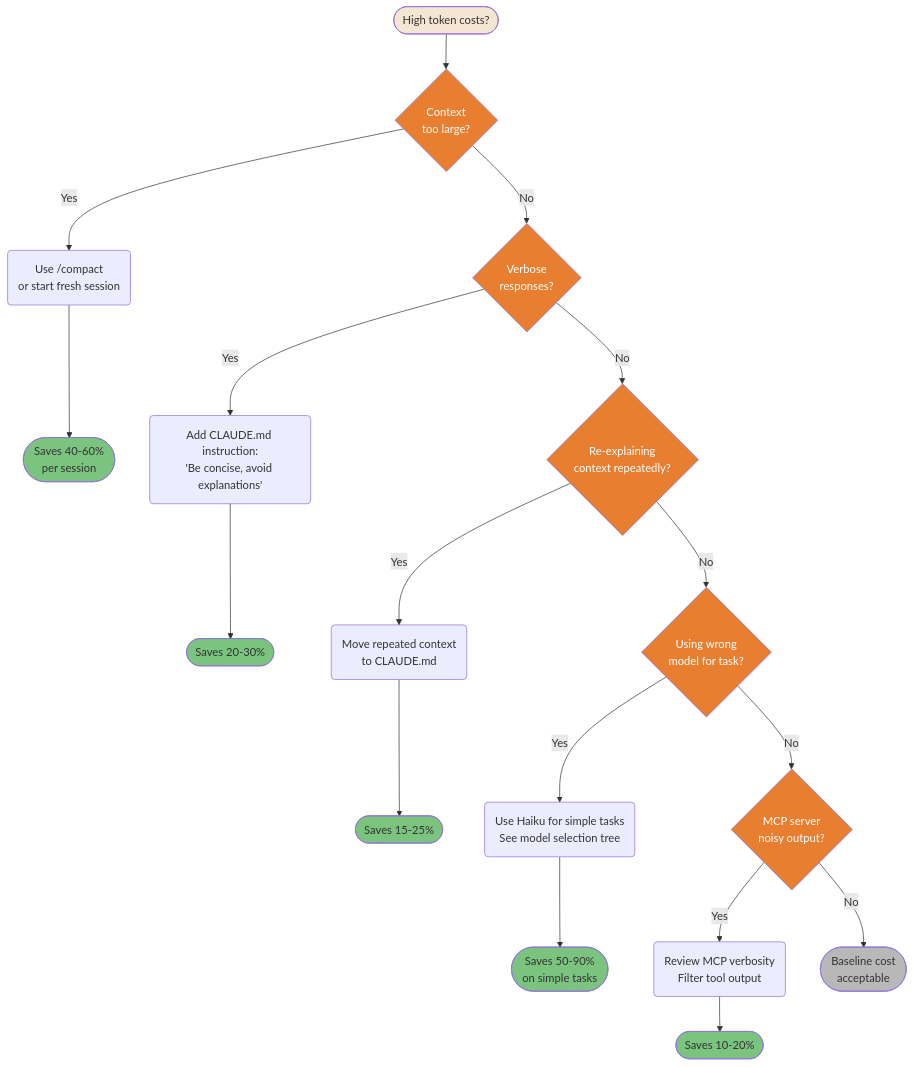
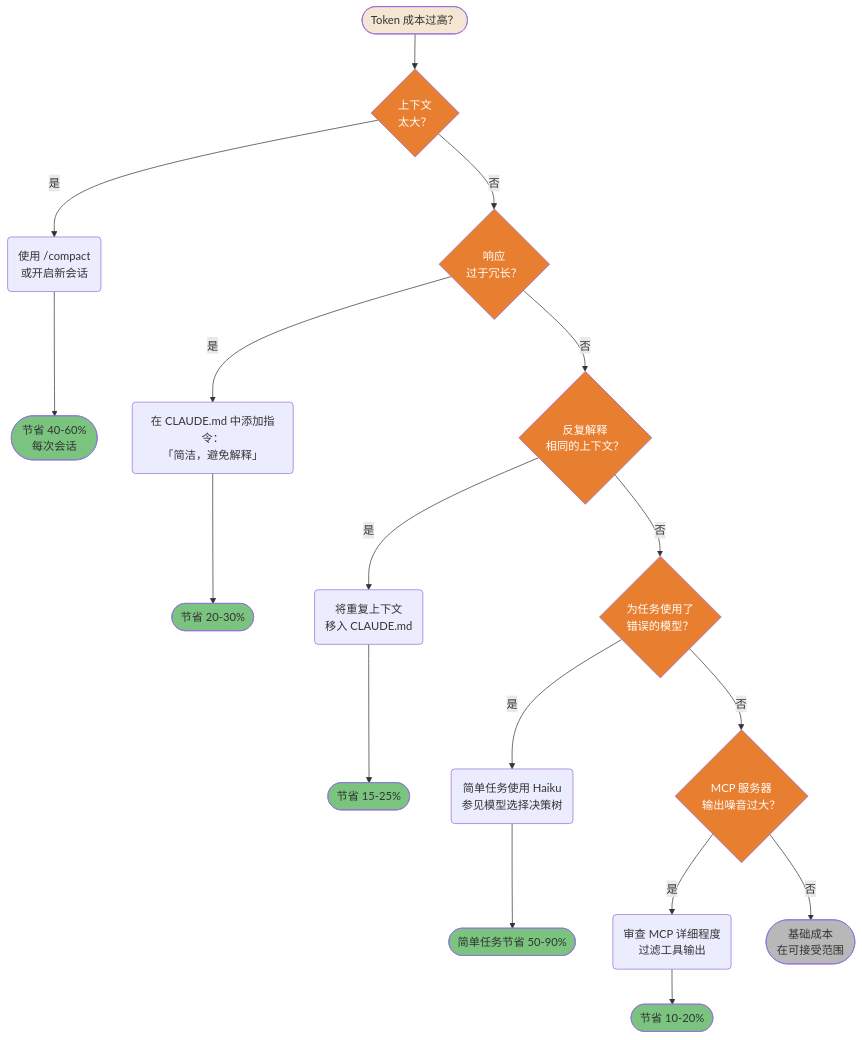
The second of 4 diagrams in claude-code/diagrams/09-cost-and-optimization.md (lawrencewzen/aispark-wiki), drawn with Mermaid before and after one commit. The commit also changed other lines of this file and 82 other files, not shown here.

First line of the commit message:
feat: 完成 claude-code/ 目录全量中文翻译

````diff
--- a/claude-code/diagrams/09-cost-and-optimization.md
+++ b/claude-code/diagrams/09-cost-and-optimization.md
@@ -101,55 +101,55 @@
 ```mermaid
 flowchart TD
-    A([High token costs?]) --> B{Context<br/>too large?}
-    B -->|Yes| C(Use /compact<br/>or start fresh session)
-    C --> Z([Saves 40-60%<br/>per session])
+    A([Token 成本过高？]) --> B{上下文<br/>太大？}
+    B -->|是| C(使用 /compact<br/>或开启新会话)
+    C --> Z([节省 40-60%<br/>每次会话])
 
-    B -->|No| D{Verbose<br/>responses?}
-    D -->|Yes| E(Add CLAUDE.md instruction:<br/>'Be concise, avoid explanations')
-    E --> Z2([Saves 20-30%])
+    B -->|否| D{响应<br/>过于冗长？}
+    D -->|是| E(在 CLAUDE.md 中添加指令：<br/>「简洁，避免解释」)
+    E --> Z2([节省 20-30%])
 
-    D -->|No| F{Re-explaining<br/>context repeatedly?}
-    F -->|Yes| G(Move repeated context<br/>to CLAUDE.md)
-    G --> Z3([Saves 15-25%])
+    D -->|否| F{反复解释<br/>相同的上下文？}
+    F -->|是| G(将重复上下文<br/>移入 CLAUDE.md)
+    G --> Z3([节省 15-25%])
 
-    F -->|No| H{Using wrong<br/>model for task?}
-    H -->|Yes| I(Use Haiku for simple tasks<br/>See model selection tree)
-    I --> Z4([Saves 50-90%<br/>on simple tasks])
+    F -->|否| H{为任务使用了<br/>错误的模型？}
+    H -->|是| I(简单任务使用 Haiku<br/>参见模型选择决策树)
+    I --> Z4([简单任务节省 50-90%])
 
-    H -->|No| J{MCP server<br/>noisy output?}
-    J -->|Yes| K(Review MCP verbosity<br/>Filter tool output)
-    K --> Z5([Saves 10-20%])
+    H -->|否| J{MCP 服务器<br/>输出噪音过大？}
+    J -->|是| K(审查 MCP 详细程度<br/>过滤工具输出)
+    K --> Z5([节省 10-20%])
 
-    J -->|No| L([Baseline cost<br/>acceptable])
+    J -->|否| L([基础成本<br/>在可接受范围])
 
     style A fill:#F5E6D3,color:#333
     style B fill:#E87E2F,color:#fff
     style D fill:#E87E2F,color:#fff
     style F fill:#E87E2F,color:#fff
     style H fill:#E87E2F,color:#fff
     style J fill:#E87E2F,color:#fff
     style Z fill:#7BC47F,color:#333
     style Z2 fill:#7BC47F,color:#333
     style Z3 fill:#7BC47F,color:#333
     style Z4 fill:#7BC47F,color:#333
     style Z5 fill:#7BC47F,color:#333
     style L fill:#B8B8B8,color:#333
 
-    click A href "https://github.com/claude-code-ultimate-guide/claude-code-ultimate-guide/blob/main/guide/ultimate-guide.md#913-cost-optimization-strategies" "High token costs?"
-    click B href "https://github.com/claude-code-ultimate-guide/claude-code-ultimate-guide/blob/main/guide/ultimate-guide.md#913-cost-optimization-strategies" "Context too large?"
-    click C href "https://github.com/claude-code-ultimate-guide/claude-code-ultimate-guide/blob/main/guide/ultimate-guide.md#913-cost-optimization-strategies" "Use /compact or start fresh"
-    click D href "https://github.com/claude-code-ultimate-guide/claude-code-ultimate-guide/blob/main/guide/ultimate-guide.md#913-cost-optimization-strategies" "Verbose responses?"
-    click E href "https://github.com/claude-code-ultimate-guide/claude-code-ultimate-guide/blob/main/guide/ultimate-guide.md#913-cost-optimization-strategies" "Add CLAUDE.md instruction"
-    click F href "https://github.com/claude-code-ultimate-guide/claude-code-ultimate-guide/blob/main/guide/ultimate-guide.md#913-cost-optimization-strategies" "Re-explaining context?"
-    click G href "https://github.com/claude-code-ultimate-guide/claude-code-ultimate-guide/blob/main/guide/ultimate-guide.md#913-cost-optimization-strategies" "Move context to CLAUDE.md"
-    click H href "https://github.com/claude-code-ultimate-guide/claude-code-ultimate-guide/blob/main/guide/ultimate-guide.md#913-cost-optimization-strategies" "Wrong model?"
-    click I href "https://github.com/claude-code-ultimate-guide/claude-code-ultimate-guide/blob/main/guide/ultimate-guide.md#25-model-selection--thinking-guide" "Use Haiku for simple tasks"
-    click J href "https://github.com/claude-code-ultimate-guide/claude-code-ultimate-guide/blob/main/guide/ultimate-guide.md#913-cost-optimization-strategies" "Noisy MCP output?"
-    click K href "https://github.com/claude-code-ultimate-guide/claude-code-ultimate-guide/blob/main/guide/ultimate-guide.md#913-cost-optimization-strategies" "Review MCP verbosity"
-    click L href "https://github.com/claude-code-ultimate-guide/claude-code-ultimate-guide/blob/main/guide/ultimate-guide.md#913-cost-optimization-strategies" "Baseline cost acceptable"
-    click Z href "https://github.com/claude-code-ultimate-guide/claude-code-ultimate-guide/blob/main/guide/ultimate-guide.md#913-cost-optimization-strategies" "Saves 40-60%"
-    click Z2 href "https://github.com/claude-code-ultimate-guide/claude-code-ultimate-guide/blob/main/guide/ultimate-guide.md#913-cost-optimization-strategies" "Saves 20-30%"
-    click Z3 href "https://github.com/claude-code-ultimate-guide/claude-code-ultimate-guide/blob/main/guide/ultimate-guide.md#913-cost-optimization-strategies" "Saves 15-25%"
-    click Z4 href "https://github.com/claude-code-ultimate-guide/claude-code-ultimate-guide/blob/main/guide/ultimate-guide.md#913-cost-optimization-strategies" "Saves 50-90%"
-    click Z5 href "https://github.com/claude-code-ultimate-guide/claude-code-ultimate-guide/blob/main/guide/ultimate-guide.md#913-cost-optimization-strategies" "Saves 10-20%"
+    click A href "https://github.com/claude-code-ultimate-guide/claude-code-ultimate-guide/blob/main/guide/ultimate-guide.md#913-cost-optimization-strategies" "Token 成本过高？"
+    click B href "https://github.com/claude-code-ultimate-guide/claude-code-ultimate-guide/blob/main/guide/ultimate-guide.md#913-cost-optimization-strategies" "上下文太大？"
+    click C href "https://github.com/claude-code-ultimate-guide/claude-code-ultimate-guide/blob/main/guide/ultimate-guide.md#913-cost-optimization-strategies" "使用 /compact 或开启新会话"
+    click D href "https://github.com/claude-code-ultimate-guide/claude-code-ultimate-guide/blob/main/guide/ultimate-guide.md#913-cost-optimization-strategies" "响应过于冗长？"
+    click E href "https://github.com/claude-code-ultimate-guide/claude-code-ultimate-guide/blob/main/guide/ultimate-guide.md#913-cost-optimization-strategies" "添加 CLAUDE.md 指令"
+    click F href "https://github.com/claude-code-ultimate-guide/claude-code-ultimate-guide/blob/main/guide/ultimate-guide.md#913-cost-optimization-strategies" "反复解释上下文？"
+    click G href "https://github.com/claude-code-ultimate-guide/claude-code-ultimate-guide/blob/main/guide/ultimate-guide.md#913-cost-optimization-strategies" "将上下文移入 CLAUDE.md"
+    click H href "https://github.com/claude-code-ultimate-guide/claude-code-ultimate-guide/blob/main/guide/ultimate-guide.md#913-cost-optimization-strategies" "使用了错误的模型？"
+    click I href "https://github.com/claude-code-ultimate-guide/claude-code-ultimate-guide/blob/main/guide/ultimate-guide.md#25-model-selection--thinking-guide" "简单任务使用 Haiku"
+    click J href "https://github.com/claude-code-ultimate-guide/claude-code-ultimate-guide/blob/main/guide/ultimate-guide.md#913-cost-optimization-strategies" "MCP 输出噪音过大？"
+    click K href "https://github.com/claude-code-ultimate-guide/claude-code-ultimate-guide/blob/main/guide/ultimate-guide.md#913-cost-optimization-strategies" "审查 MCP 详细程度"
+    click L href "https://github.com/claude-code-ultimate-guide/claude-code-ultimate-guide/blob/main/guide/ultimate-guide.md#913-cost-optimization-strategies" "基础成本在可接受范围"
+    click Z href "https://github.com/claude-code-ultimate-guide/claude-code-ultimate-guide/blob/main/guide/ultimate-guide.md#913-cost-optimization-strategies" "节省 40-60%"
+    click Z2 href "https://github.com/claude-code-ultimate-guide/claude-code-ultimate-guide/blob/main/guide/ultimate-guide.md#913-cost-optimization-strategies" "节省 20-30%"
+    click Z3 href "https://github.com/claude-code-ultimate-guide/claude-code-ultimate-guide/blob/main/guide/ultimate-guide.md#913-cost-optimization-strategies" "节省 15-25%"
+    click Z4 href "https://github.com/claude-code-ultimate-guide/claude-code-ultimate-guide/blob/main/guide/ultimate-guide.md#913-cost-optimization-strategies" "节省 50-90%"
+    click Z5 href "https://github.com/claude-code-ultimate-guide/claude-code-ultimate-guide/blob/main/guide/ultimate-guide.md#913-cost-optimization-strategies" "节省 10-20%"
 ```
````
